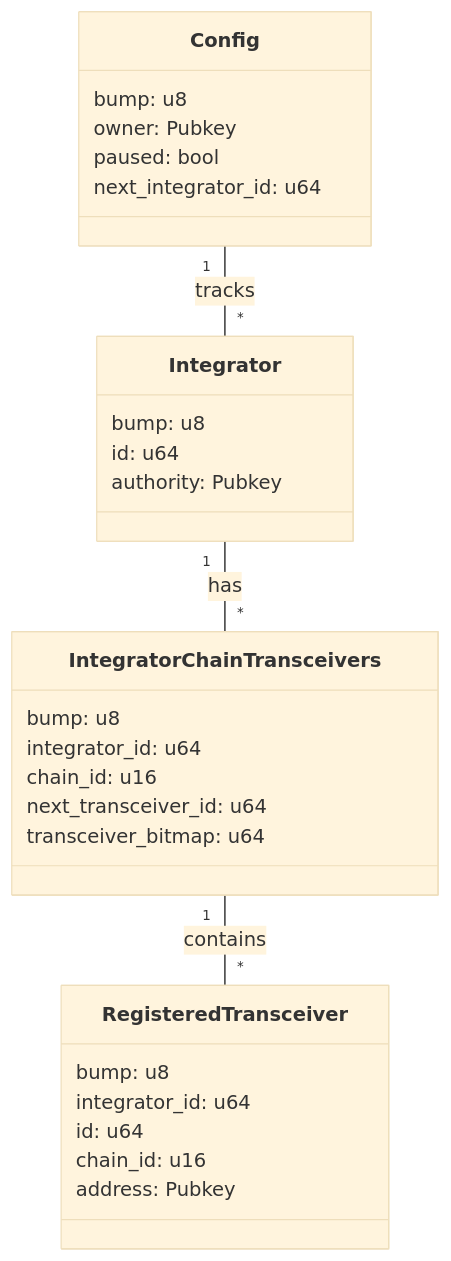
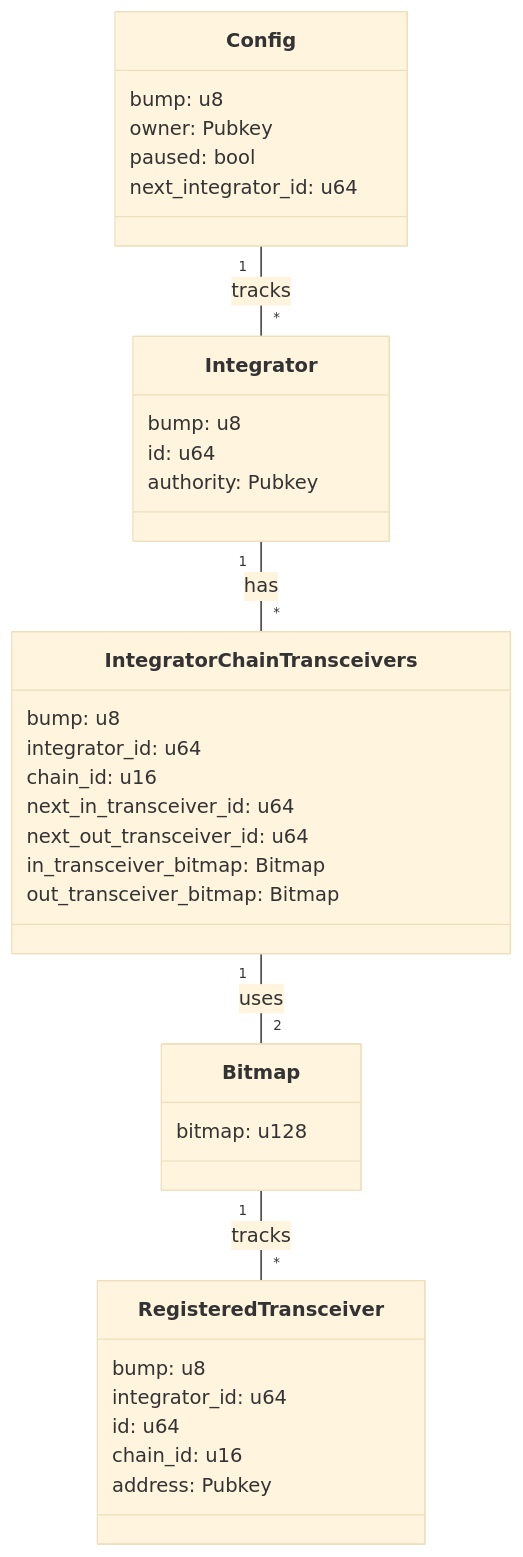
One commit to wormholelabs-xyz/example-messaging-endpoint changed the diagram in svm/programs/router/README.md. Above: the diagram before and after it, drawn with Mermaid (base theme). The commit also changed other lines of this file and 11 other files, not shown here.

````diff
--- a/svm/programs/router/README.md
+++ b/svm/programs/router/README.md
@@ -5,35 +5,42 @@
 ```mermaid
 classDiagram
     class Config {
         bump: u8
         owner: Pubkey
         paused: bool
         next_integrator_id: u64
     }
 
     class Integrator {
         bump: u8
         id: u64
         authority: Pubkey
     }
 
     class IntegratorChainTransceivers {
         bump: u8
         integrator_id: u64
         chain_id: u16
-        next_transceiver_id: u64
-        transceiver_bitmap: u64
+        next_in_transceiver_id: u64
+        next_out_transceiver_id: u64
+        in_transceiver_bitmap: Bitmap
+        out_transceiver_bitmap: Bitmap
     }
 
     class RegisteredTransceiver {
         bump: u8
         integrator_id: u64
         id: u64
         chain_id: u16
         address: Pubkey
     }
 
+    class Bitmap {
+        bitmap: u128
+    }
+
     Config "1" -- "*" Integrator : tracks
     Integrator "1" -- "*" IntegratorChainTransceivers : has
-    IntegratorChainTransceivers "1" -- "*" RegisteredTransceiver : contains
+    IntegratorChainTransceivers "1" -- "2" Bitmap : uses
+    Bitmap "1" -- "*" RegisteredTransceiver : tracks
 ```
````
